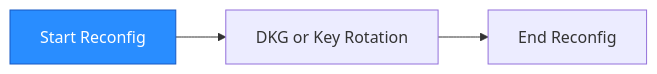
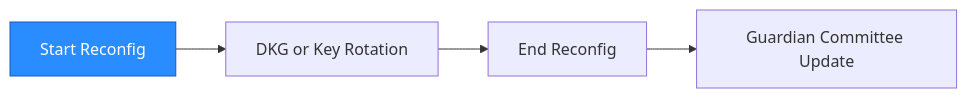
Before and after one commit to MystenLabs/hashi: the second of 6 diagrams in design/docs/reconfiguration.mdx, drawn with Mermaid. The commit also changed other lines of this file, not shown here.

````diff
--- a/design/docs/reconfiguration.mdx
+++ b/design/docs/reconfiguration.mdx
@@ -23,5 +23,5 @@
 ```mermaid
 graph LR
-    A[Start Reconfig]:::active --> B[DKG or Key Rotation] --> C[End Reconfig]
+    A[Start Reconfig]:::active --> B[DKG or Key Rotation] --> C[End Reconfig] --> D[Guardian Committee Update]
     classDef active fill:#298DFF,stroke:#1759C4,color:#FFFFFF
 ```
````
